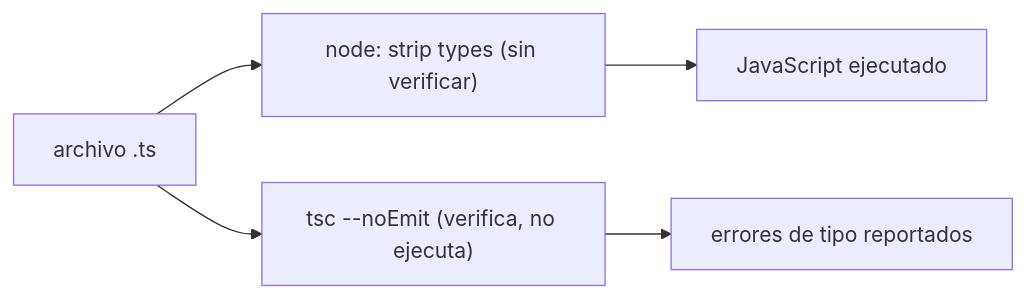
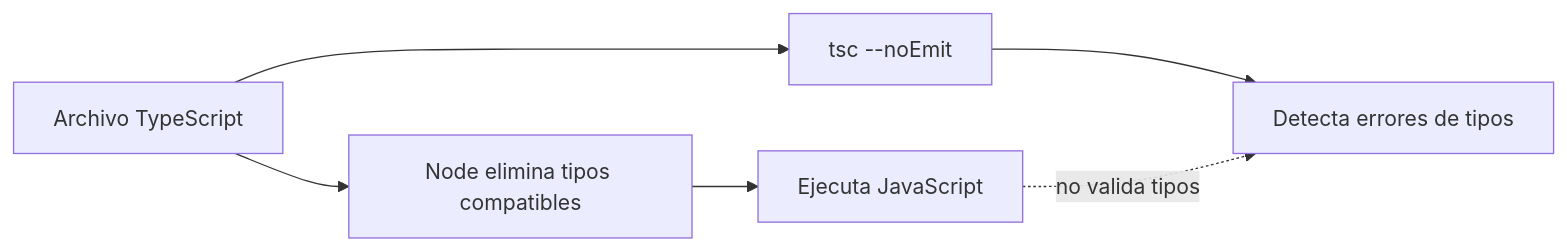
The first of 6 diagrams in web/public/content/node/modulo-14.md (NICORUIZ93/The_Imperial_Book), drawn with Mermaid before and after one commit. The commit also changed other lines of this file and 33 other files, not shown here.

````diff
--- a/web/public/content/node/modulo-14.md
+++ b/web/public/content/node/modulo-14.md
@@ -65,7 +141,8 @@
 ```mermaid
 flowchart LR
-  F[archivo .ts] --> S["node: strip types (sin verificar)"]
-  S --> E[JavaScript ejecutado]
-  F --> T["tsc --noEmit (verifica, no ejecuta)"]
-  T --> R[errores de tipo reportados]
+  Source[Archivo TypeScript] --> Node[Node elimina tipos compatibles]
+  Node --> Runtime[Ejecuta JavaScript]
+  Source --> TSC[tsc --noEmit]
+  TSC --> Types[Detecta errores de tipos]
+  Runtime -. no valida tipos .-> Types
 ```
````
